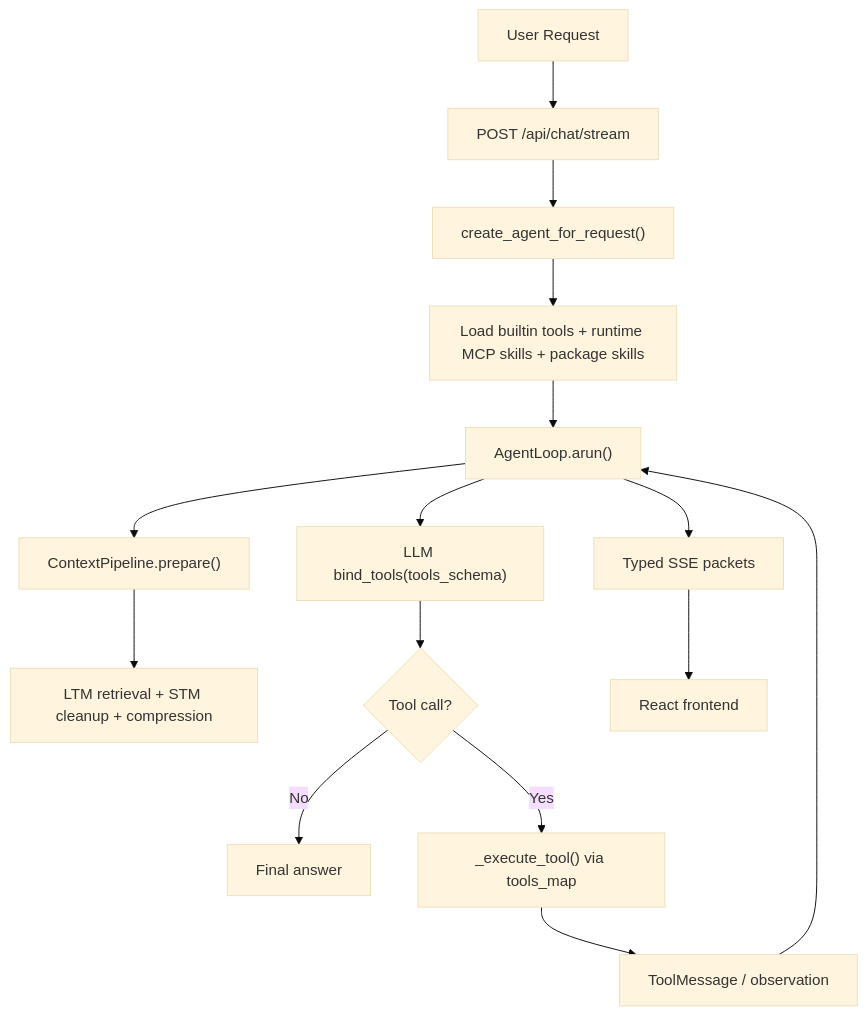
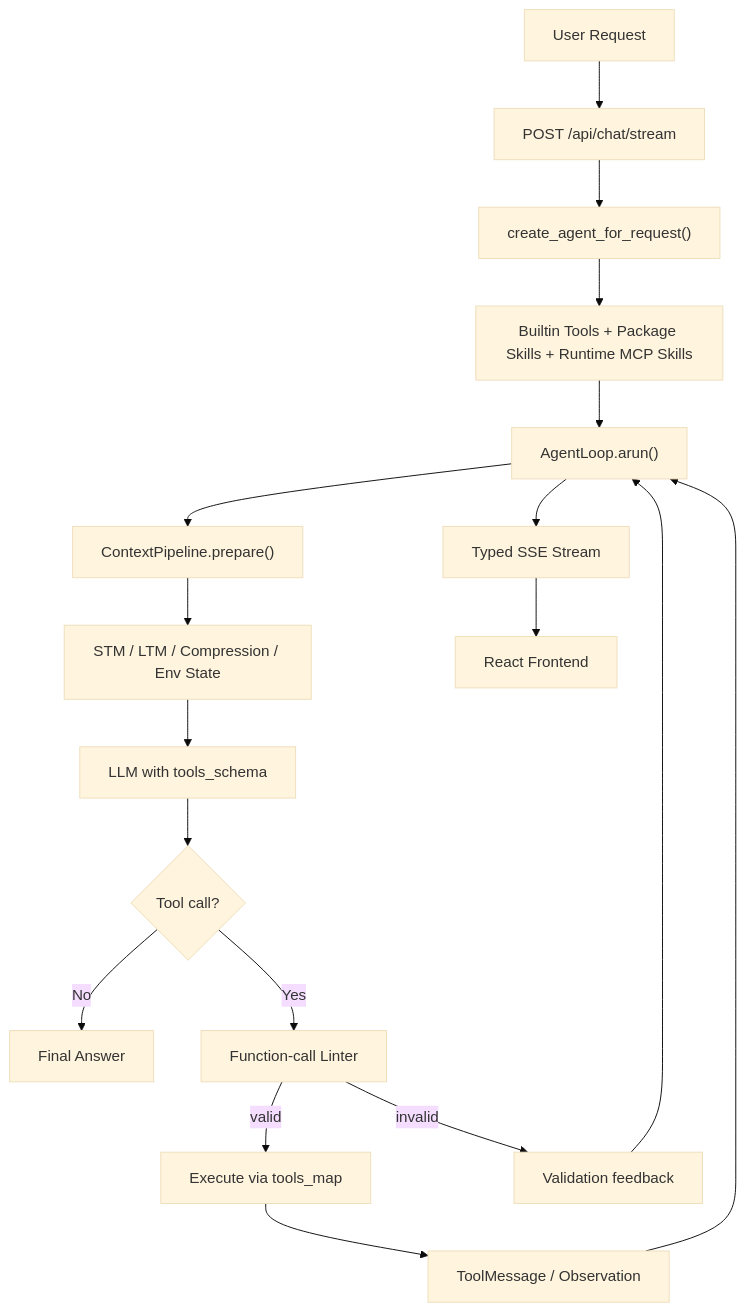
One commit to solution3tl/EverLoop changed the first of 5 diagrams in README.md. Above: the diagram before and after it, drawn with Mermaid (base theme). The commit also changed other lines of this file, not shown here.

````diff
--- a/README.md
+++ b/README.md
@@ -86,20 +83,23 @@
 ```mermaid
 flowchart TD
     U[User Request] --> API["POST /api/chat/stream"]
-    API --> CA["create_agent_for_request()"]
-    CA --> RT["Load builtin tools + runtime MCP skills + package skills"]
-    RT --> LOOP["AgentLoop.arun()"]
+    API --> AGENT["create_agent_for_request()"]
+    AGENT --> TOOLS["Builtin Tools + Package Skills + Runtime MCP Skills"]
+    TOOLS --> LOOP["AgentLoop.arun()"]
 
-    LOOP --> CP["ContextPipeline.prepare()"]
-    CP --> LTM["LTM retrieval + STM cleanup + compression"]
-    LOOP --> LLM["LLM bind_tools(tools_schema)"]
-    LLM --> FC{"Tool call?"}
+    LOOP --> CTX["ContextPipeline.prepare()"]
+    CTX --> MEM["STM / LTM / Compression / Env State"]
+    MEM --> LLM["LLM with tools_schema"]
+    LLM --> DECIDE{"Tool call?"}
 
-    FC -- No --> RESP["Final answer"]
-    FC -- Yes --> EXEC["_execute_tool() via tools_map"]
-    EXEC --> OBS["ToolMessage / observation"]
+    DECIDE -- No --> ANSWER["Final Answer"]
+    DECIDE -- Yes --> LINT["Function-call Linter"]
+    LINT -->|valid| EXEC["Execute via tools_map"]
+    LINT -->|invalid| RETRY["Validation feedback"]
+    EXEC --> OBS["ToolMessage / Observation"]
+    RETRY --> LOOP
     OBS --> LOOP
 
-    LOOP --> SSE["Typed SSE packets"]
-    SSE --> FE["React frontend"]
+    LOOP --> SSE["Typed SSE Stream"]
+    SSE --> UI["React Frontend"]
 ```
````
